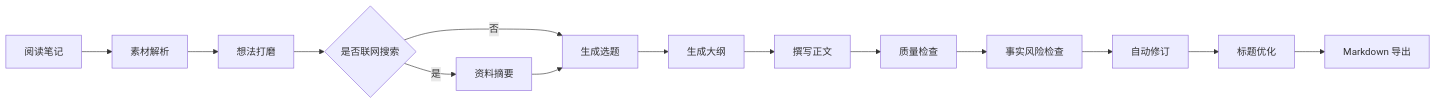
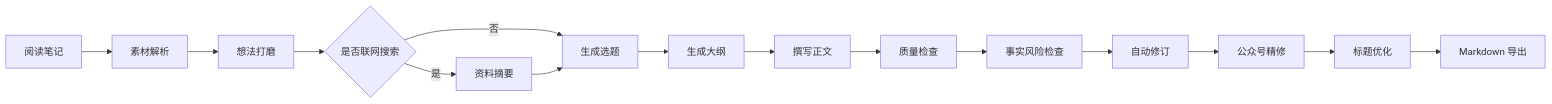
The first of 2 diagrams in README.md (yuzhao6chen/NoteForge-AI), drawn with Mermaid before and after one commit. The commit also changed other lines of this file and 47 other files, not shown here.

````diff
--- a/README.md
+++ b/README.md
@@ -41,16 +42,17 @@
 ```mermaid
 flowchart LR
   A[阅读笔记] --> B[素材解析]
   B --> C[想法打磨]
   C --> D{是否联网搜索}
   D -->|是| E[资料摘要]
   D -->|否| F[生成选题]
   E --> F
   F --> G[生成大纲]
   G --> H[撰写正文]
   H --> I[质量检查]
   I --> J[事实风险检查]
   J --> K[自动修订]
-  K --> L[标题优化]
-  L --> M[Markdown 导出]
+  K --> L[公众号精修]
+  L --> M[标题优化]
+  M --> N[Markdown 导出]
 ```
````
